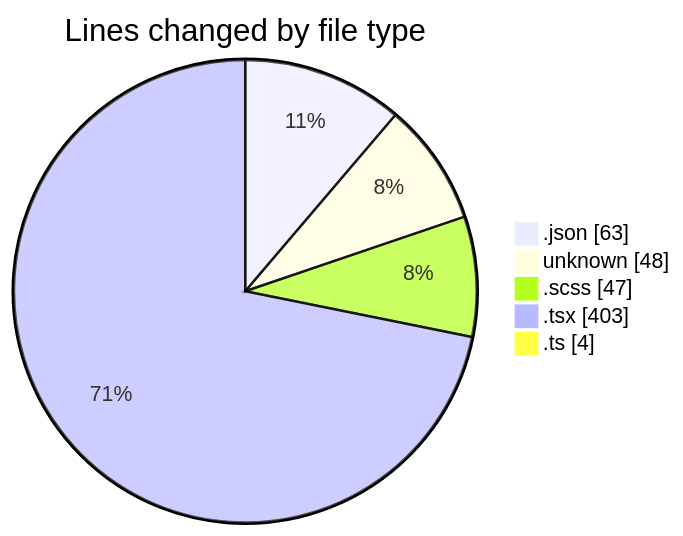
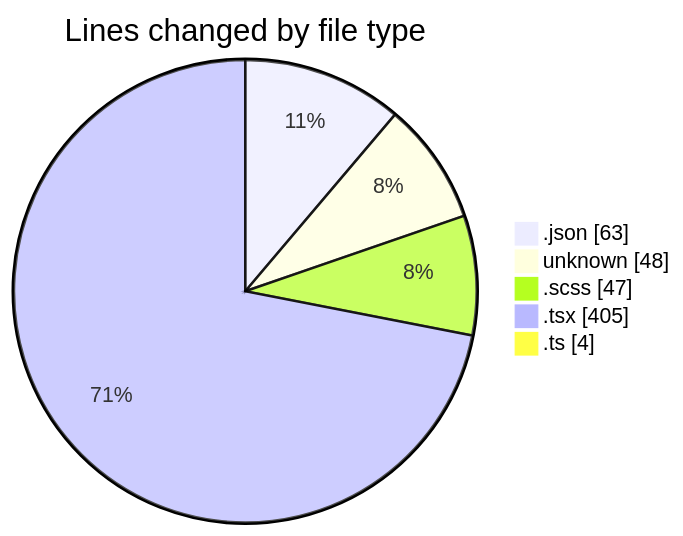
One commit to momahboobian/code-tracking changed the first of 2 diagrams in 2026-04-24/ise-web-ofcom/README.md. Above: the diagram before and after it, drawn with Mermaid. The commit also changed other lines of this file and 1 other file, not shown here.

````diff
--- a/2026-04-24/ise-web-ofcom/README.md
+++ b/2026-04-24/ise-web-ofcom/README.md
@@ -26,9 +26,9 @@
 ```mermaid
 pie showData
 title Lines changed by file type
 ".json" : 63
 "unknown" : 48
 ".scss" : 47
-".tsx" : 403
+".tsx" : 405
 ".ts" : 4
 ```
````
